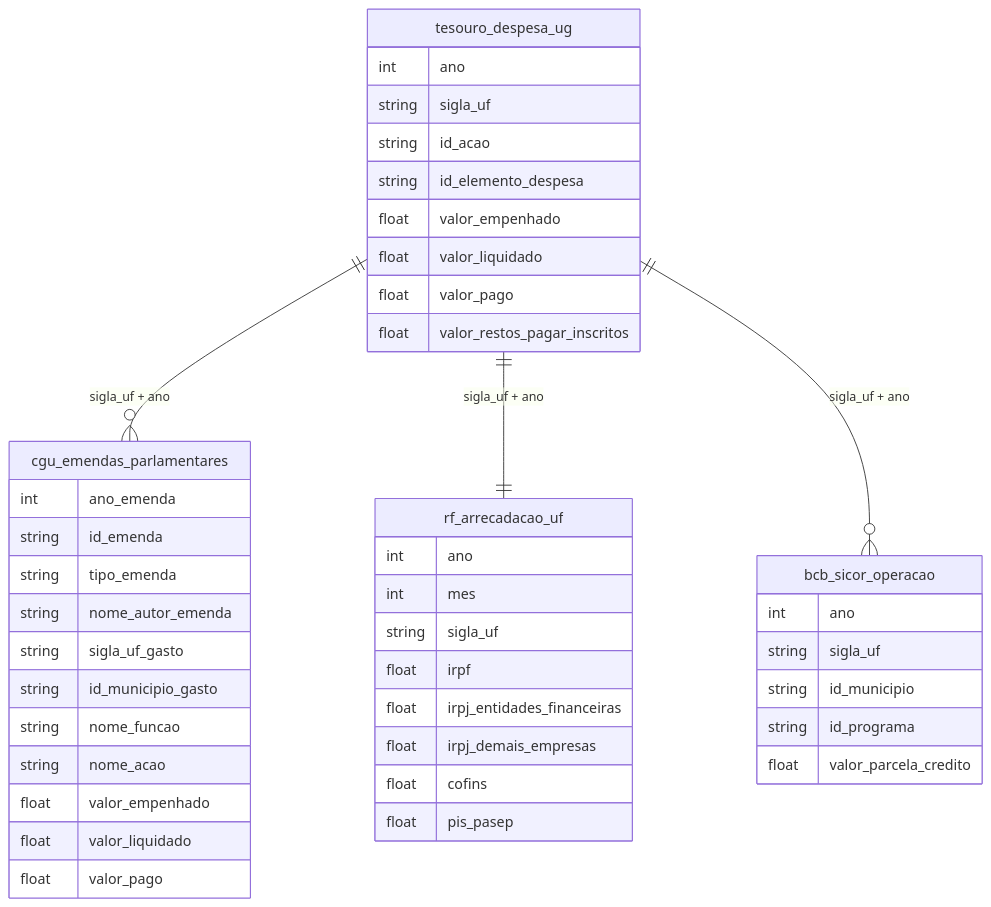
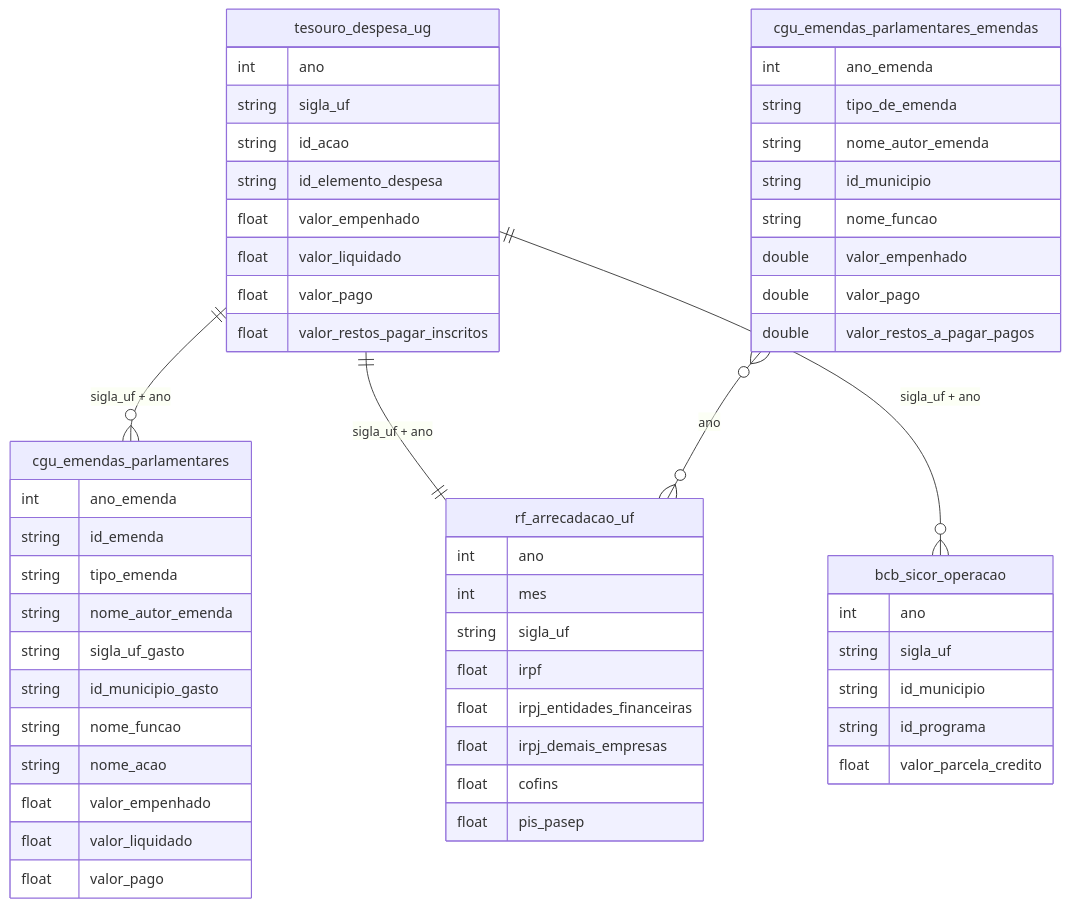
One commit to rafapolo/rodado changed the diagram in docs/mapa/overview/25_orcamento_federal.md. Above: the diagram before and after it, drawn with Mermaid. The commit also changed other lines of this file and 135 other files, not shown here.

````diff
--- a/docs/mapa/overview/25_orcamento_federal.md
+++ b/docs/mapa/overview/25_orcamento_federal.md
@@ -2,46 +2,57 @@
 ```mermaid
 erDiagram
     tesouro_despesa_ug {
         int ano
         string sigla_uf
         string id_acao
         string id_elemento_despesa
         float valor_empenhado
         float valor_liquidado
         float valor_pago
         float valor_restos_pagar_inscritos
     }
     cgu_emendas_parlamentares {
         int ano_emenda
         string id_emenda
         string tipo_emenda
         string nome_autor_emenda
         string sigla_uf_gasto
         string id_municipio_gasto
         string nome_funcao
         string nome_acao
         float valor_empenhado
         float valor_liquidado
         float valor_pago
     }
     rf_arrecadacao_uf {
         int ano
         int mes
         string sigla_uf
         float irpf
         float irpj_entidades_financeiras
         float irpj_demais_empresas
         float cofins
         float pis_pasep
     }
     bcb_sicor_operacao {
         int ano
         string sigla_uf
         string id_municipio
         string id_programa
         float valor_parcela_credito
     }
+    cgu_emendas_parlamentares_emendas {
+        int ano_emenda
+        string tipo_de_emenda
+        string nome_autor_emenda
+        string id_municipio
+        string nome_funcao
+        double valor_empenhado
+        double valor_pago
+        double valor_restos_a_pagar_pagos
+    }
     tesouro_despesa_ug ||--o{ cgu_emendas_parlamentares : "sigla_uf + ano"
     tesouro_despesa_ug ||--|| rf_arrecadacao_uf : "sigla_uf + ano"
     tesouro_despesa_ug ||--o{ bcb_sicor_operacao : "sigla_uf + ano"
+    cgu_emendas_parlamentares_emendas }o--o{ rf_arrecadacao_uf : "ano"
 ```
````
